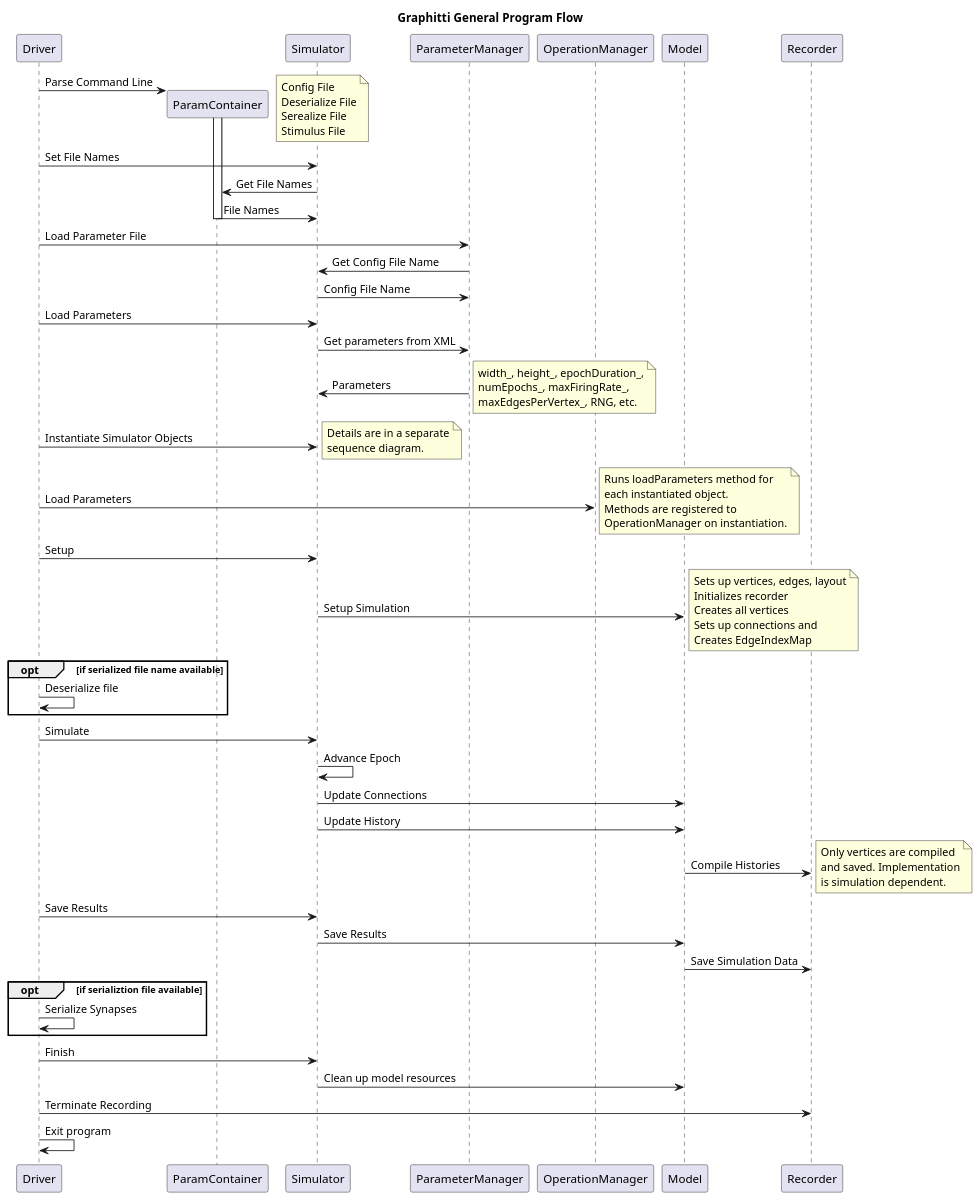
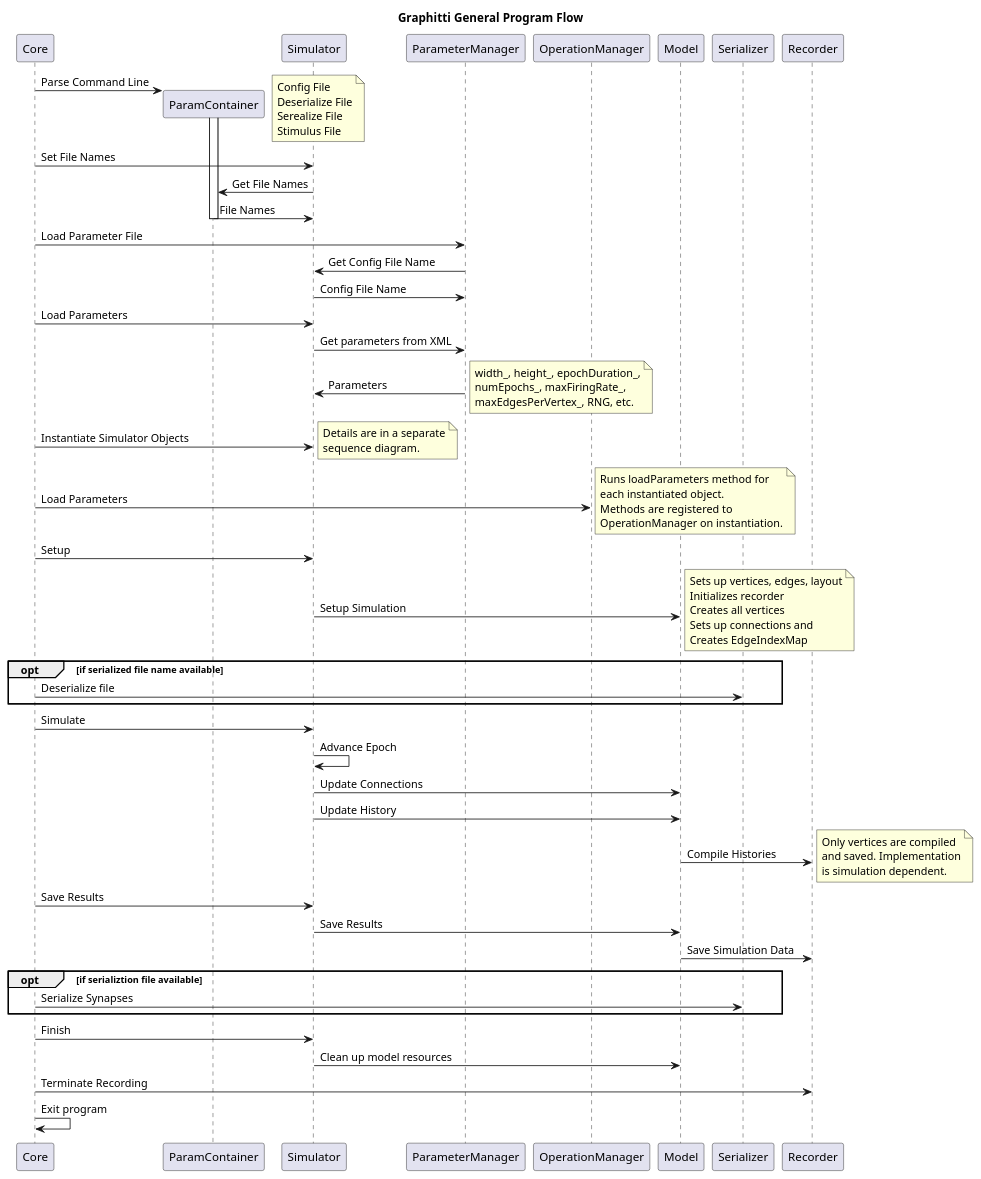
The diagram in docs/Developer/SequenceDiagrams/topLevelFlow.puml (UWB-Biocomputing/Graphitti), drawn with PlantUML before and after one commit. The commit also changed 6 other files, not shown here.

Commit message:
Update Driver.cpp refernces to Core.cpp

```diff
--- a/docs/Developer/SequenceDiagrams/topLevelFlow.puml
+++ b/docs/Developer/SequenceDiagrams/topLevelFlow.puml
@@ -1,84 +1,84 @@
 @startuml topLevelFlow
 
 title Graphitti General Program Flow
 
-Driver -> ParamContainer **: Parse Command Line
+Core -> ParamContainer **: Parse Command Line
 activate ParamContainer
 note right
     Config File
     Deserialize File
     Serealize File
     Stimulus File
 end note
 
-Driver -> Simulator: Set File Names
+Core -> Simulator: Set File Names
 Simulator -> ParamContainer: Get File Names
 ParamContainer -> Simulator: File Names
 deactivate ParamContainer
 
-Driver -> ParameterManager: Load Parameter File
+Core -> ParameterManager: Load Parameter File
 ParameterManager -> Simulator: Get Config File Name
 Simulator -> ParameterManager: Config File Name
-Driver -> Simulator: Load Parameters
+Core -> Simulator: Load Parameters
 Simulator -> ParameterManager: Get parameters from XML
 ParameterManager -> Simulator: Parameters
 note right
     width_, height_, epochDuration_,
     numEpochs_, maxFiringRate_,
     maxEdgesPerVertex_, RNG, etc.
 end note
 
-Driver -> Simulator: Instantiate Simulator Objects
+Core -> Simulator: Instantiate Simulator Objects
 note right
     Details are in a separate
     sequence diagram.
 end note
 
 ' Expand in a separate diagram
-Driver -> OperationManager: Load Parameters
+Core -> OperationManager: Load Parameters
 note right
     Runs loadParameters method for
     each instantiated object.
     Methods are registered to
     OperationManager on instantiation.
 end note
 
-Driver -> Simulator: Setup
+Core -> Simulator: Setup
 Simulator -> Model: Setup Simulation
 note right
     Sets up vertices, edges, layout
     Initializes recorder
     Creates all vertices
     Sets up connections and
     Creates EdgeIndexMap
 end note
 
 opt if serialized file name available
-    Driver -> Driver: Deserialize file
+    Core -> Serializer: Deserialize file
 end
 
-Driver -> Simulator: Simulate
+Core -> Simulator: Simulate
 Simulator -> Simulator: Advance Epoch
 Simulator -> Model: Update Connections
 Simulator -> Model: Update History
 Model -> Recorder: Compile Histories
 note right
     Only vertices are compiled
     and saved. Implementation
     is simulation dependent.
 end note
 
-Driver -> Simulator: Save Results
+Core -> Simulator: Save Results
 Simulator -> Model: Save Results
 Model -> Recorder: Save Simulation Data
 
 opt if serializtion file available
-    Driver -> Driver: Serialize Synapses
+    Core -> Serializer: Serialize Synapses
 end
 
-Driver -> Simulator: Finish
+Core -> Simulator: Finish
 Simulator -> Model: Clean up model resources
-Driver -> Recorder: Terminate Recording
-Driver -> Driver: Exit program
+Core -> Recorder: Terminate Recording
+Core -> Core: Exit program
 
 @enduml
```
